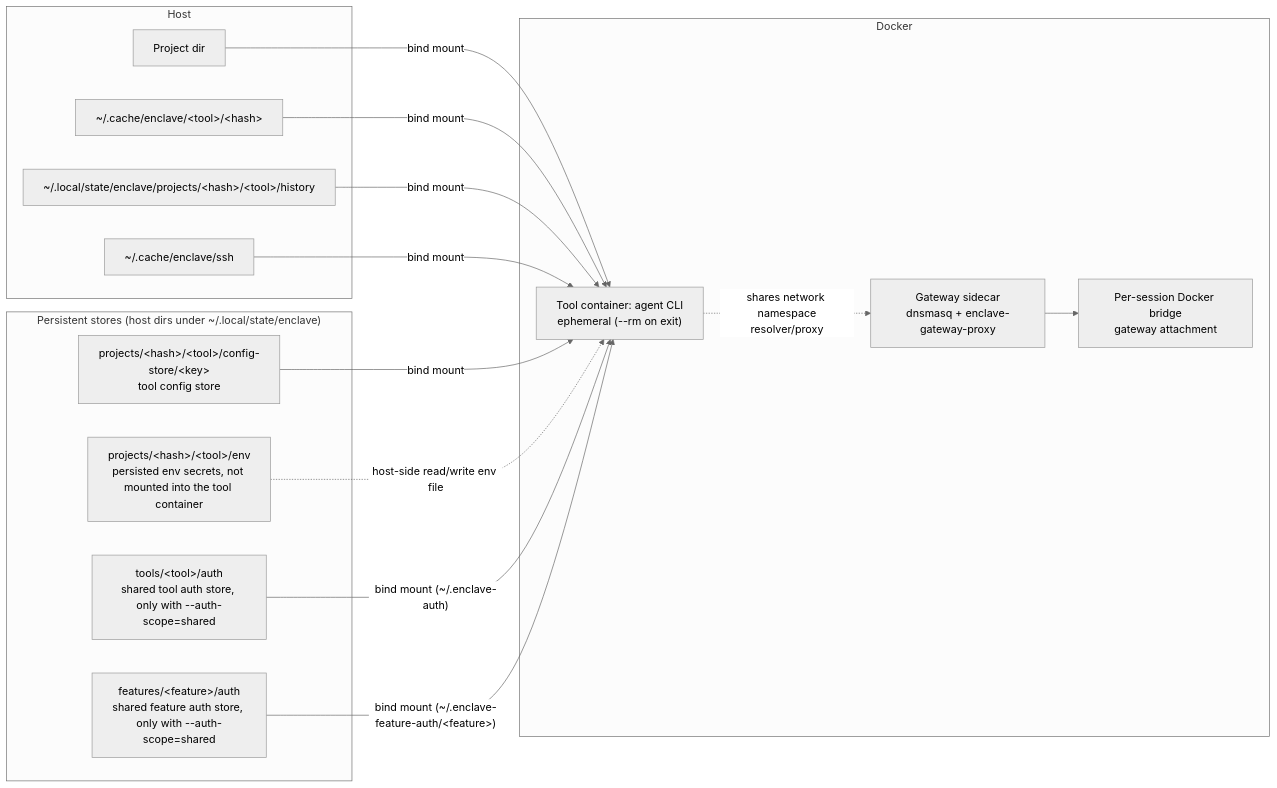
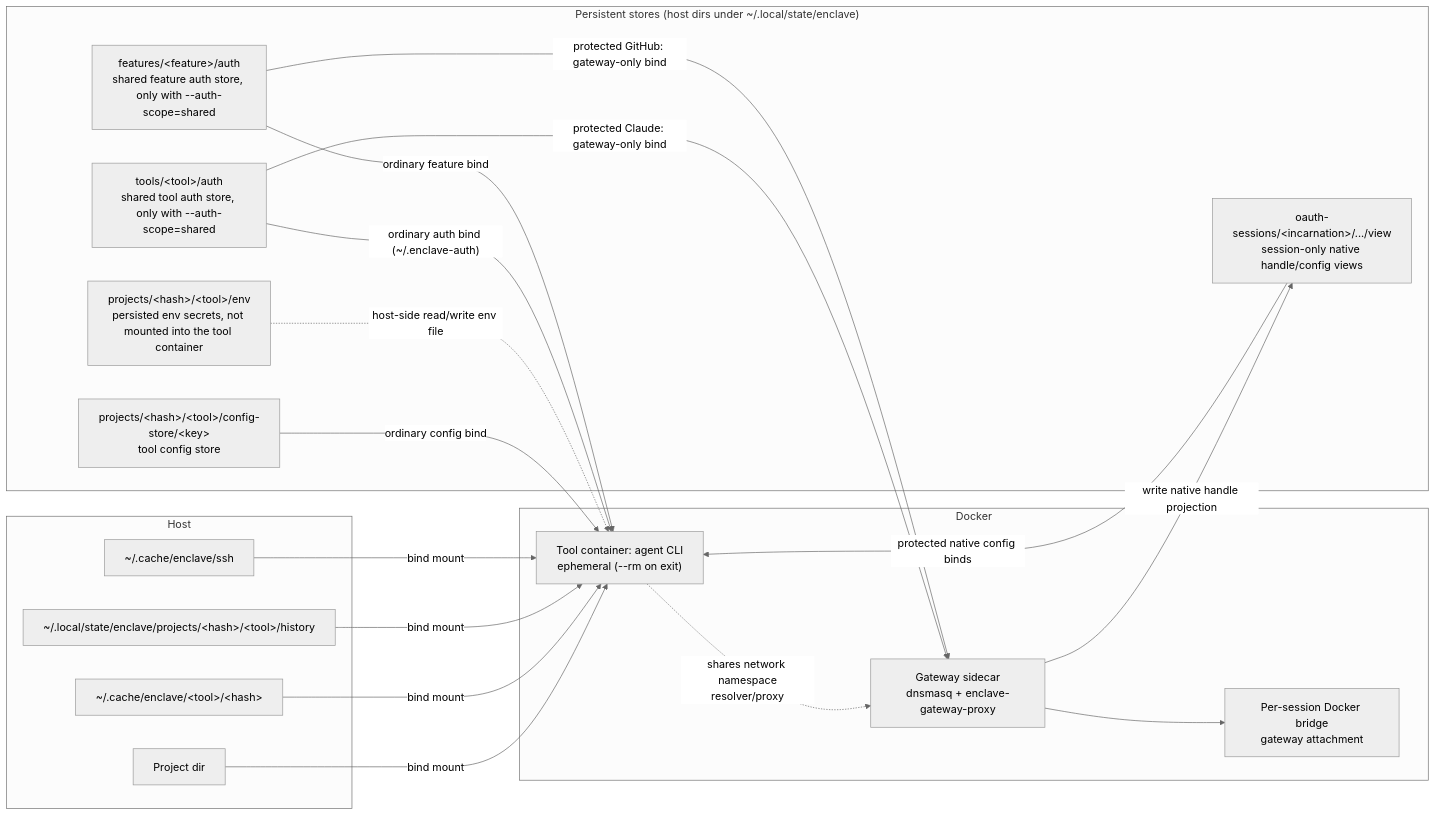
One commit to eclipse-enclave/enclave changed the first of 2 diagrams in docs/ARCHITECTURE.md. Above: the diagram before and after it, drawn with Mermaid (neutral theme). The commit also changed other lines of this file and 106 other files, not shown here.

Commit message:
feat: add gateway-owned Claude and GitHub credentials

````diff
--- a/docs/ARCHITECTURE.md
+++ b/docs/ARCHITECTURE.md
@@ -33,33 +33,38 @@
 ```mermaid
 flowchart LR
     subgraph Host
         ProjectDir["Project dir"]
         CacheDir["~/.cache/enclave/&lt;tool&gt;/&lt;hash&gt;"]
         HistoryDir["~/.local/state/enclave/projects/&lt;hash&gt;/&lt;tool&gt;/history"]
         SSHDir["~/.cache/enclave/ssh"]
     end
 
     subgraph Stores["Persistent stores (host dirs under ~/.local/state/enclave)"]
         ConfigStore["projects/&lt;hash&gt;/&lt;tool&gt;/config-store/&lt;key&gt;<br/>tool config store"]
         EnvStore["projects/&lt;hash&gt;/&lt;tool&gt;/env<br/>persisted env secrets, not mounted into the tool container"]
         SharedAuthStore["tools/&lt;tool&gt;/auth<br/>shared tool auth store, only with --auth-scope=shared"]
         FeatureAuthStore["features/&lt;feature&gt;/auth<br/>shared feature auth store, only with --auth-scope=shared"]
+        ProtectedViews["oauth-sessions/&lt;incarnation&gt;/.../view<br/>session-only native handle/config views"]
     end
 
     subgraph Docker
         DnsNet["Per-session Docker bridge<br/>gateway attachment"]
         Gateway["Gateway sidecar<br/>dnsmasq + enclave-gateway-proxy"]
         Tool["Tool container: agent CLI<br/>ephemeral (--rm on exit)"]
     end
 
     ProjectDir -->|"bind mount"| Tool
     CacheDir -->|"bind mount"| Tool
     HistoryDir -->|"bind mount"| Tool
     SSHDir -->|"bind mount"| Tool
-    ConfigStore -->|"bind mount"| Tool
+    ConfigStore -->|"ordinary config bind"| Tool
     EnvStore -.->|"host-side read/write env file"| Tool
-    SharedAuthStore -->|"bind mount (~/.enclave-auth)"| Tool
-    FeatureAuthStore -->|"bind mount (~/.enclave-feature-auth/&lt;feature&gt;)"| Tool
+    SharedAuthStore -->|"ordinary auth bind (~/.enclave-auth)"| Tool
+    FeatureAuthStore -->|"ordinary feature bind"| Tool
+    SharedAuthStore -->|"protected Claude: gateway-only bind"| Gateway
+    FeatureAuthStore -->|"protected GitHub: gateway-only bind"| Gateway
+    Gateway -->|"write native handle projection"| ProtectedViews
+    ProtectedViews -->|"protected native config binds"| Tool
     Gateway --> DnsNet
     Tool -.->|"shares network namespace<br/>resolver/proxy"| Gateway
 ```
````
